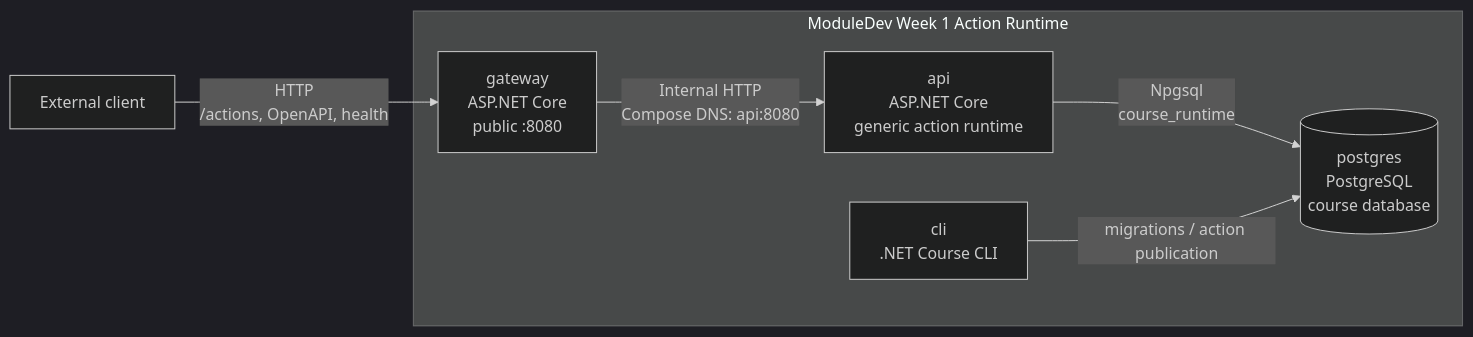
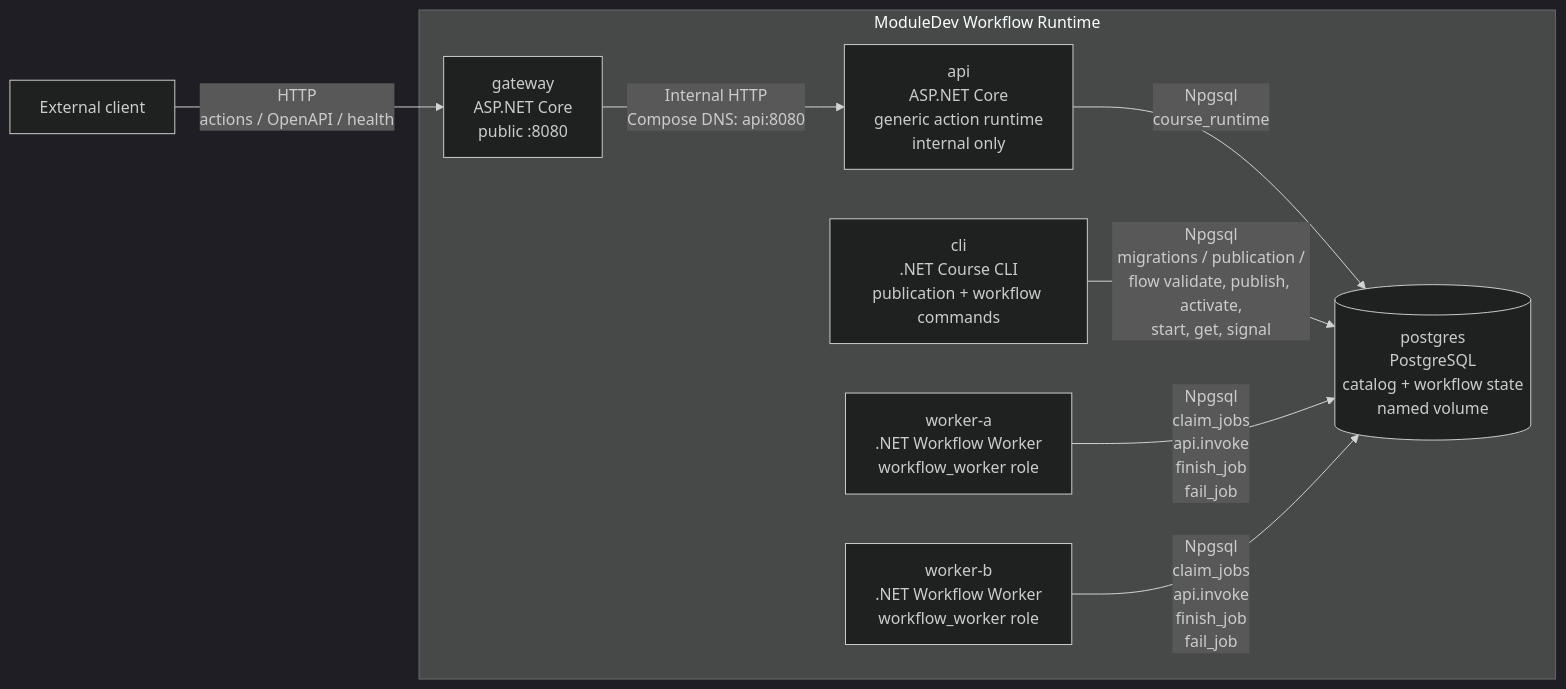
The diagram in docs/architecture/c4-container.md (xeno2310/moduledev-week-1-gateway-task), drawn with Mermaid (dark theme) before and after one commit. The commit also changed other lines of this file and 66 other files, not shown here.

Commit message:
Implement Week 2 workflow runtime

````diff
--- a/docs/architecture/c4-container.md
+++ b/docs/architecture/c4-container.md
@@ -9,16 +16,58 @@
-```mermaid
+~~~mermaid
 flowchart LR
     Client["External client"]
 
-    subgraph System["ModuleDev Week 1 Action Runtime"]
-        Gateway["gateway\nASP.NET Core\npublic :8080"]
-        API["api\nASP.NET Core\ngeneric action runtime"]
-        CLI["cli\n.NET Course CLI"]
-        DB[("postgres\nPostgreSQL\ncourse database")]
+    subgraph System["ModuleDev Workflow Runtime"]
+        Gateway["gateway
+ASP.NET Core
+public :8080"]
+
+        API["api
+ASP.NET Core
+generic action runtime
+internal only"]
+
+        CLI["cli
+.NET Course CLI
+publication + workflow commands"]
+
+        WorkerA["worker-a
+.NET Workflow Worker
+workflow_worker role"]
+
+        WorkerB["worker-b
+.NET Workflow Worker
+workflow_worker role"]
+
+        DB[("postgres
+PostgreSQL
+catalog + workflow state
+named volume")]
     end
 
-    Client -->|"HTTP\n/actions, OpenAPI, health"| Gateway
-    Gateway -->|"Internal HTTP\nCompose DNS: api:8080"| API
-    API -->|"Npgsql\ncourse_runtime"| DB
-    CLI -->|"migrations / action publication"| DB
-```
+    Client -->|"HTTP
+actions / OpenAPI / health"| Gateway
+
+    Gateway -->|"Internal HTTP
+Compose DNS: api:8080"| API
+
+    API -->|"Npgsql
+course_runtime"| DB
+
+    CLI -->|"Npgsql
+migrations / publication /
+flow validate, publish, activate,
+start, get, signal"| DB
+
+    WorkerA -->|"Npgsql
+claim_jobs
+api.invoke
+finish_job
+fail_job"| DB
+
+    WorkerB -->|"Npgsql
+claim_jobs
+api.invoke
+finish_job
+fail_job"| DB
+~~~
````
